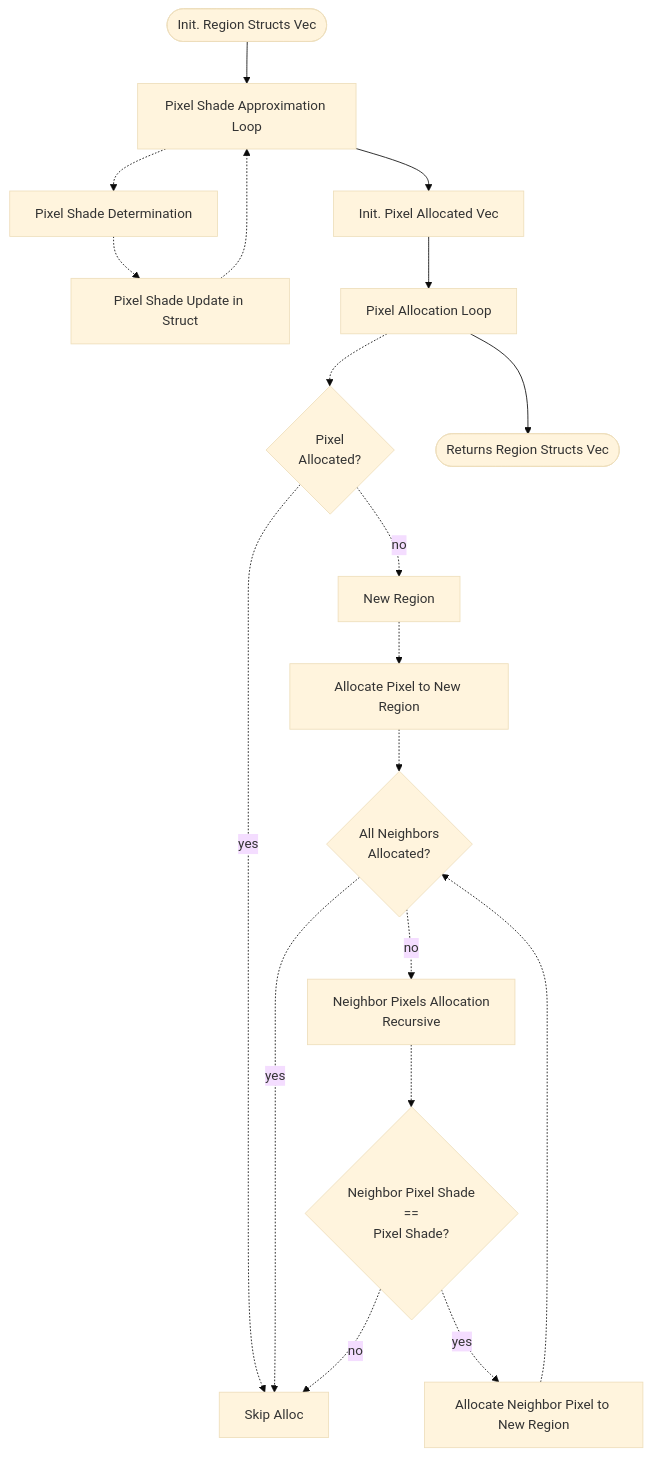
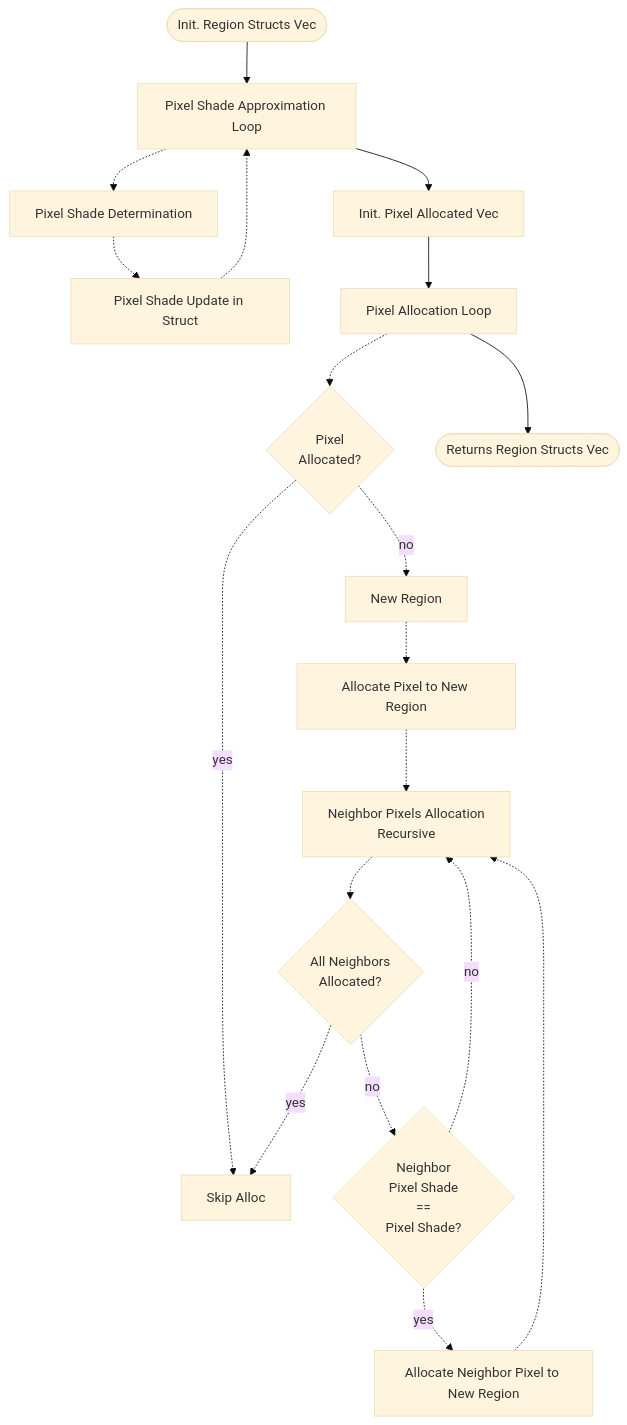
The second of 2 diagrams in algorithms.md (PedroHBrasil/PicColGrad-RoadMapLoc), drawn with Mermaid (base theme) before and after one commit.

Commit message:
updated doc algorithms

````diff
--- a/algorithms.md
+++ b/algorithms.md
@@ -55,45 +55,45 @@
 ```mermaid
 
     graph TD;
 
     init([Init. Region Structs Vec]);
 
     pxlShadeApproxLoop[Pixel Shade Approximation Loop];
     pxlShadeDet[Pixel Shade Determination];
     pxlShadeUpdate[Pixel Shade Update in Struct];
 
     pxlAllocInit[Init. Pixel Allocated Vec];
 
     skipAlloc[Skip Alloc];
     pxlAllocLoop[Pixel Allocation Loop];
     pxlAllocDec{Pixel <br>Allocated?};
     newRegion[New Region];
     pxlAlloc[Allocate Pixel to New Region];
     pxlAllocNeighborCheck{All Neighbors <br> Allocated?}
     pxlAllocNeighbors[Neighbor Pixels Allocation <br> Recursive];
-    pxlAllocNeighborsShadeCheck{Neighbor Pixel Shade <br> == <br> Pixel Shade?};
+    pxlAllocNeighborsShadeCheck{Neighbor <br> Pixel Shade <br> == <br> Pixel Shade?};
     pxlAllocNeighbor[Allocate Neighbor Pixel to New Region];
 
     return([Returns Region Structs Vec]);
 
     init --> pxlShadeApproxLoop
     pxlShadeApproxLoop -.-> pxlShadeDet
     pxlShadeDet -.-> pxlShadeUpdate
     pxlShadeUpdate -.-> pxlShadeApproxLoop
     pxlShadeApproxLoop --> pxlAllocInit
     
     pxlAllocInit --> pxlAllocLoop
     pxlAllocLoop -.-> pxlAllocDec
     pxlAllocDec -.-> |yes|skipAlloc
     pxlAllocDec -.-> |no|newRegion
     newRegion -.-> pxlAlloc
-    pxlAlloc -.-> pxlAllocNeighborCheck
+    pxlAlloc -.-> pxlAllocNeighbors
+    pxlAllocNeighbors -.-> pxlAllocNeighborCheck
     pxlAllocNeighborCheck -.-> |yes|skipAlloc
-    pxlAllocNeighborCheck -.-> |no|pxlAllocNeighbors
-    pxlAllocNeighbors -.-> pxlAllocNeighborsShadeCheck
+    pxlAllocNeighborCheck -.-> |no|pxlAllocNeighborsShadeCheck
     pxlAllocNeighborsShadeCheck -.-> |yes|pxlAllocNeighbor
-    pxlAllocNeighborsShadeCheck -.-> |no|skipAlloc
-    pxlAllocNeighbor -.-> pxlAllocNeighborCheck
+    pxlAllocNeighborsShadeCheck -.-> |no|pxlAllocNeighbors
+    pxlAllocNeighbor -.-> pxlAllocNeighbors
     pxlAllocLoop --> return
 
 ```
````
